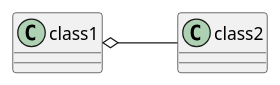
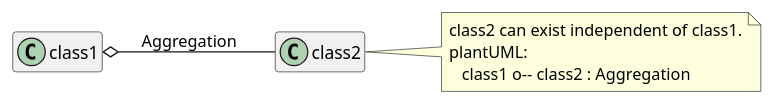
Diagram 12 of 21 in uml_markdown_summary.md (chraxo/UmlMarkdownCheatSheet), drawn with PlantUML before and after one commit. The commit also changed other lines of this file, not shown here.

Commit message:
class diagram: more compact design

```diff
--- a/uml_markdown_summary.md
+++ b/uml_markdown_summary.md
@@ -288,4 +288,13 @@
 @startuml
-left to right direction
-class1 o-- class2
+    left to right direction
+    skinparam noteFontName Consolas
+    hide empty members
+    
+    class1 o-- class2 : Aggregation
+
+    note right
+        class2 can exist independent of class1.
+        plantUML:
+           class1 o-- class2 : Aggregation
+    end note
 @enduml
```
